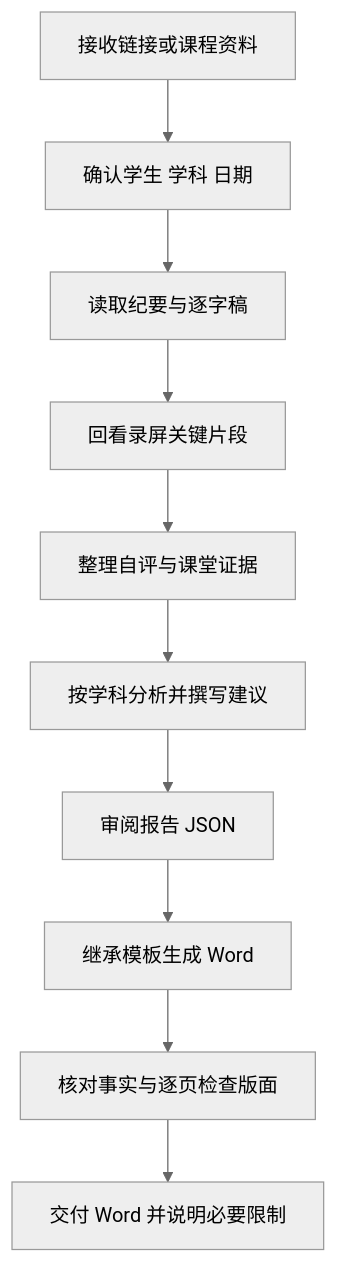
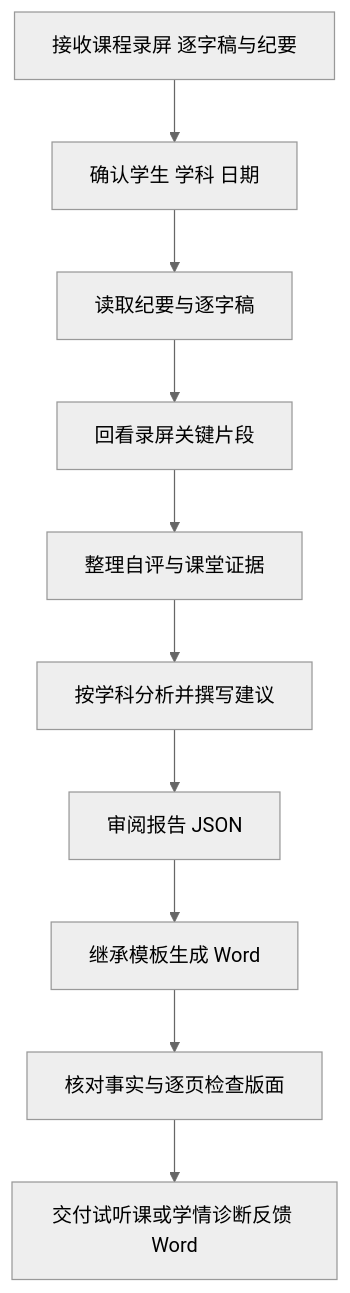
The diagram in README.md (Yu-Jie-Chen/trial-feedback-studio), drawn with Mermaid (neutral theme) before and after one commit. The commit also changed other lines of this file, not shown here.

````diff
--- a/README.md
+++ b/README.md
@@ -215,12 +237,12 @@
 ```mermaid
 flowchart TD
-    A[接收链接或课程资料] --> B[确认学生 学科 日期]
+    A[接收课程录屏 逐字稿与纪要] --> B[确认学生 学科 日期]
     B --> C[读取纪要与逐字稿]
     C --> D[回看录屏关键片段]
     D --> E[整理自评与课堂证据]
     E --> F[按学科分析并撰写建议]
     F --> G[审阅报告 JSON]
     G --> H[继承模板生成 Word]
     H --> I[核对事实与逐页检查版面]
-    I --> J[交付 Word 并说明必要限制]
+    I --> J[交付试听课或学情诊断反馈 Word]
 ```
````
